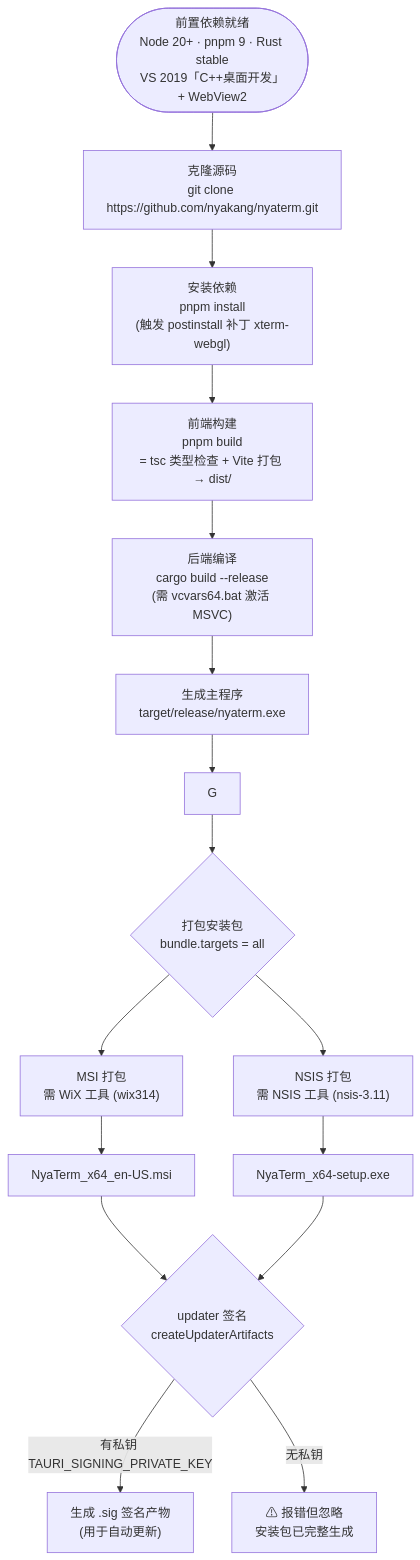
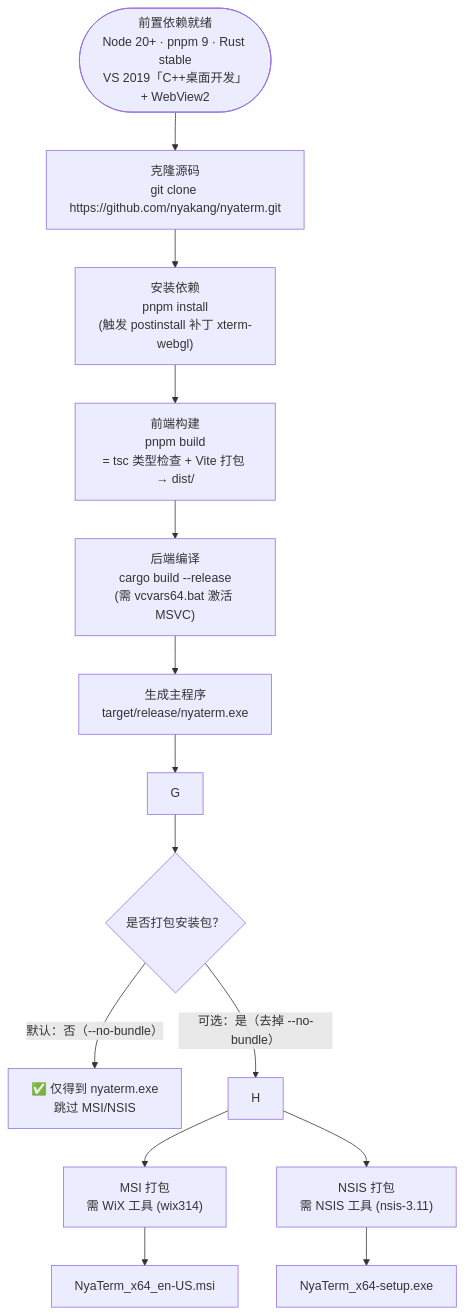
Before and after one commit to shuiyuea/nyaterm: the diagram in note/NyaTerm-编译流程.md, drawn with Mermaid. The commit also changed other lines of this file and 5 other files, not shown here.

````diff
--- a/note/NyaTerm-编译流程.md
+++ b/note/NyaTerm-编译流程.md
@@ -8,20 +9,17 @@
 ```mermaid
 flowchart TB
     A(["前置依赖就绪<br/>Node 20+ · pnpm 9 · Rust stable<br/>VS 2019「C++桌面开发」+ WebView2"]) --> B
     B["克隆源码<br/>git clone https://github.com/nyakang/nyaterm.git"] --> C
     C["安装依赖<br/>pnpm install<br/>(触发 postinstall 补丁 xterm-webgl)"] --> D
     D["前端构建<br/>pnpm build<br/>= tsc 类型检查 + Vite 打包 → dist/"] --> E
     E["后端编译<br/>cargo build --release<br/>(需 vcvars64.bat 激活 MSVC)"] --> F
     F["生成主程序<br/>target/release/nyaterm.exe"] --> G
 
-    G --> G1{"打包安装包<br/>bundle.targets = all"}
-    G1 --> H["MSI 打包<br/>需 WiX 工具 (wix314)"]
-    G1 --> I["NSIS 打包<br/>需 NSIS 工具 (nsis-3.11)"]
-    H --> J["NyaTerm_x64_en-US.msi"]
-    I --> K["NyaTerm_x64-setup.exe"]
-
-    J --> L{"updater 签名<br/>createUpdaterArtifacts"}
-    K --> L
-    L -->|"有私钥 TAURI_SIGNING_PRIVATE_KEY"| M["生成 .sig 签名产物<br/>(用于自动更新)"]
-    L -->|"无私钥"| N["⚠ 报错但忽略<br/>安装包已完整生成"]
+    G --> G1{"是否打包安装包？"}
+    G1 -->|"默认：否（--no-bundle）"| FIN["✅ 仅得到 nyaterm.exe<br/>跳过 MSI/NSIS"]
+    G1 -->|"可选：是（去掉 --no-bundle）"| H
+    H --> H1["MSI 打包<br/>需 WiX 工具 (wix314)"]
+    H --> H2["NSIS 打包<br/>需 NSIS 工具 (nsis-3.11)"]
+    H1 --> J["NyaTerm_x64_en-US.msi"]
+    H2 --> K["NyaTerm_x64-setup.exe"]
 ```
````
